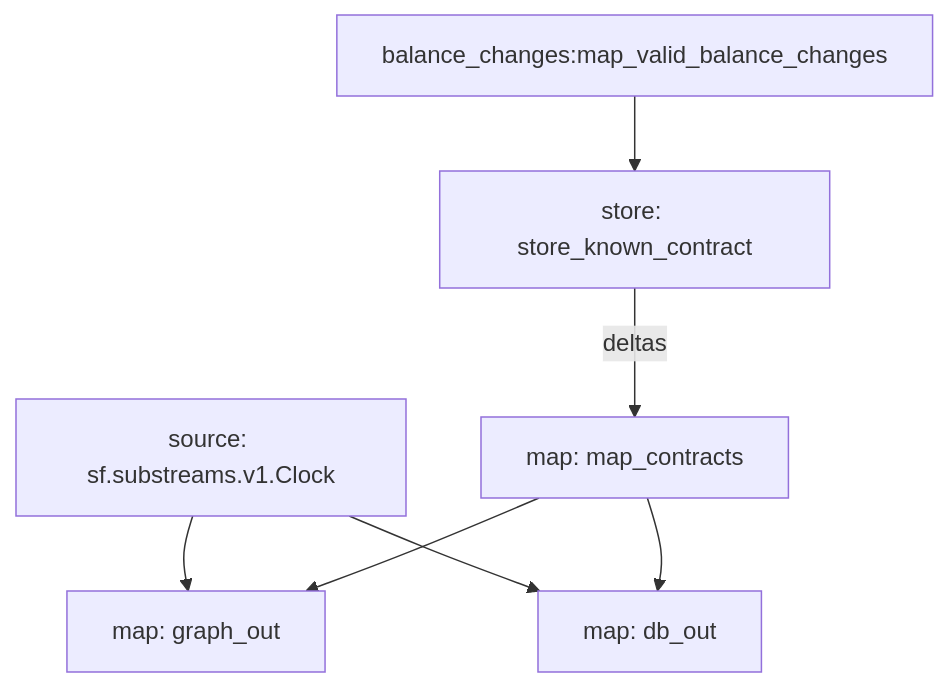
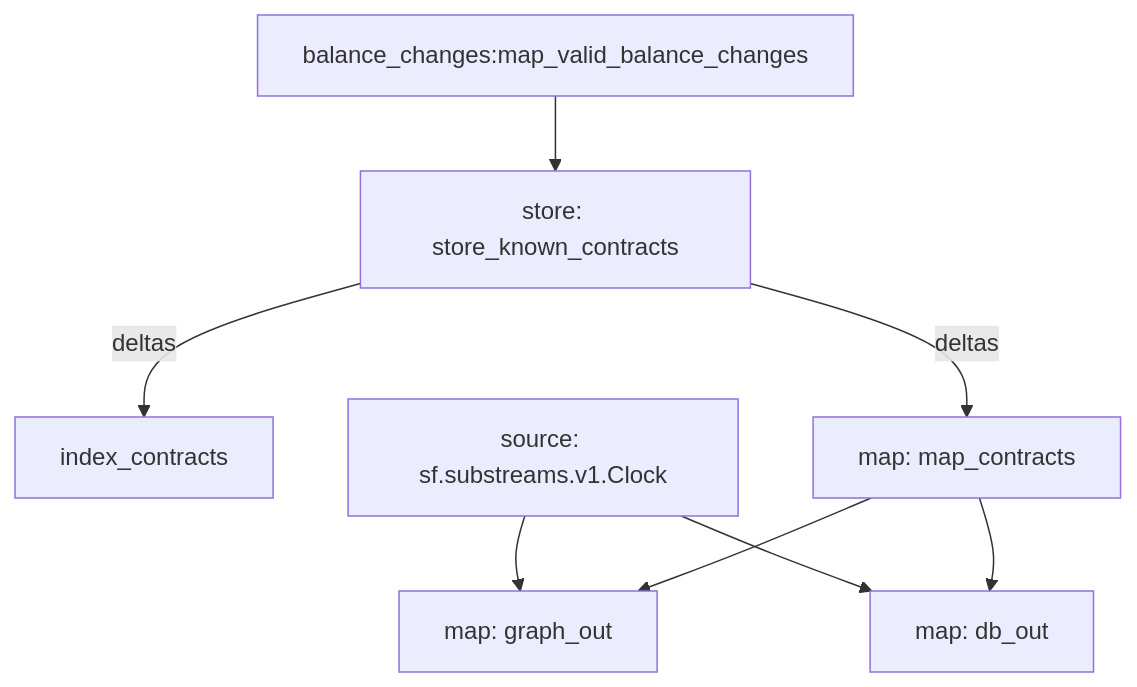
Before and after one commit to pinax-network/substreams-erc20-contracts: the diagram in README.md, drawn with Mermaid. The commit also changed other lines of this file and 3 other files, not shown here.

````diff
--- a/README.md
+++ b/README.md
@@ -59,13 +59,14 @@
 ```mermaid
 graph TD;
-  store_known_contract[store: store_known_contract];
-  balance_changes:map_valid_balance_changes --> store_known_contract;
+  store_known_contracts[store: store_known_contracts];
+  balance_changes:map_valid_balance_changes --> store_known_contracts;
+  store_known_contracts -- deltas --> index_contracts;
   map_contracts[map: map_contracts];
-  store_known_contract -- deltas --> map_contracts;
+  store_known_contracts -- deltas --> map_contracts;
   graph_out[map: graph_out];
   sf.substreams.v1.Clock[source: sf.substreams.v1.Clock] --> graph_out;
   map_contracts --> graph_out;
   db_out[map: db_out];
   sf.substreams.v1.Clock[source: sf.substreams.v1.Clock] --> db_out;
   map_contracts --> db_out;
 ```
````
